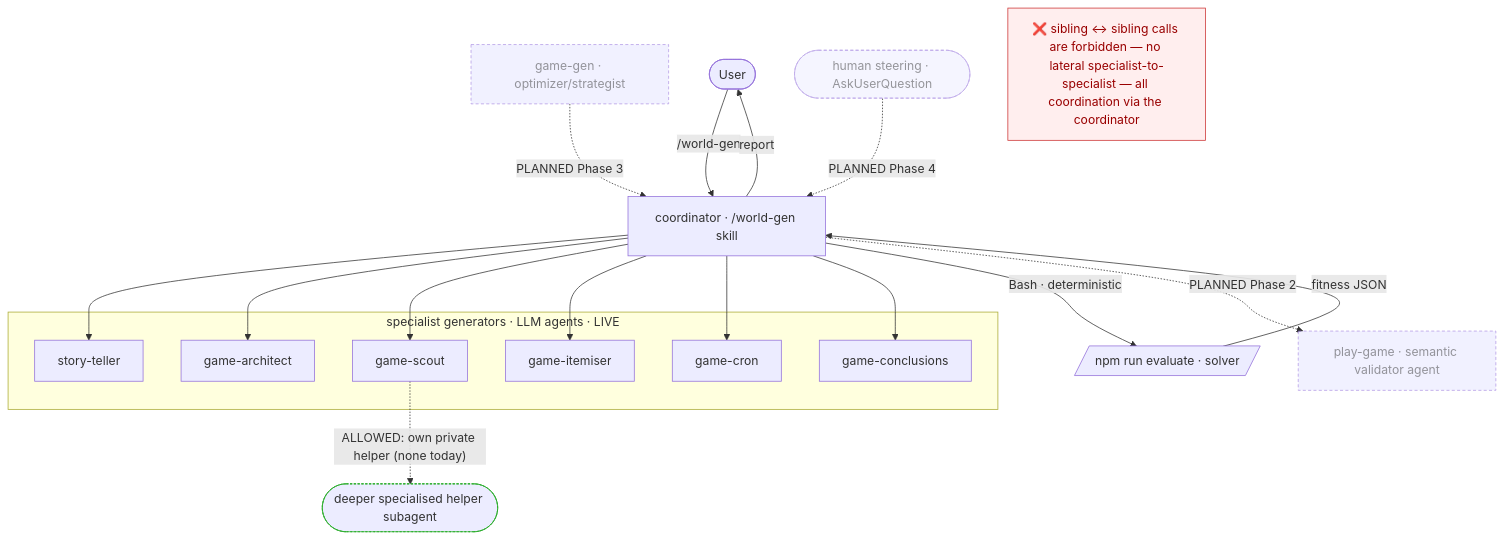
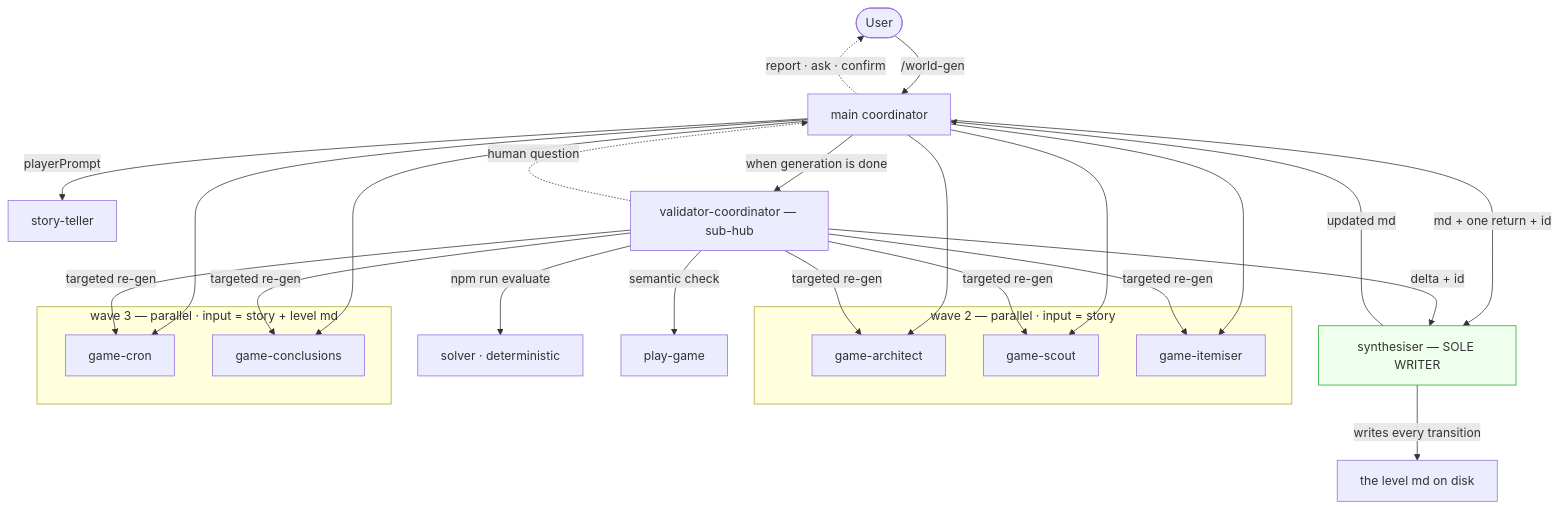
The second of 2 diagrams in docs/design/world-gen-agentic-hld.md (DecentAppsNet/castle-mystery), drawn with Mermaid before and after one commit. The commit also changed other lines of this file and 3 other files, not shown here.

First line of the commit message:
Revise world-gen agent architecture: pure subagents + synthesiser + parallel waves

````diff
--- a/docs/design/world-gen-agentic-hld.md
+++ b/docs/design/world-gen-agentic-hld.md
@@ -102,32 +138,32 @@
 ```mermaid
 flowchart TD
-    U([User]) -->|/world-gen| WG["coordinator · /world-gen skill"]
+    U([User]) -->|"/world-gen"| WG["main coordinator"]
+    WG -.->|"report · ask · confirm"| U
 
-    subgraph specialists["specialist generators · LLM agents · LIVE"]
-        ST[story-teller]
-        AR[game-architect]
-        SC[game-scout]
-        IT[game-itemiser]
-        CR[game-cron]
-        CN[game-conclusions]
+    WG -->|"playerPrompt"| ST["story-teller"]
+
+    subgraph wave2["wave 2 — parallel · input = story"]
+        AR["game-architect"]
+        SC["game-scout"]
+        IT["game-itemiser"]
+    end
+    subgraph wave3["wave 3 — parallel · input = story + level md"]
+        CR["game-cron"]
+        CN["game-conclusions"]
     end
 
-    WG --> ST & AR & SC & IT & CR & CN
-    WG -->|Bash · deterministic| EV[/npm run evaluate · solver/]
-    EV -->|fitness JSON| WG
-    WG -->|report| U
+    WG --> AR & SC & IT
+    WG --> CR & CN
+    WG -->|"md + one return + id"| SY["synthesiser — SOLE WRITER"]:::writer
+    SY -->|"writes every transition"| FILE["the level md on disk"]
+    SY -->|"updated md"| WG
 
-    PG["play-game · semantic validator agent"]:::planned
-    GG["game-gen · optimizer/strategist"]:::planned
-    HU([human steering · AskUserQuestion]):::planned
-    WG -. PLANNED Phase 2 .-> PG
-    GG -. PLANNED Phase 3 .-> WG
-    HU -. PLANNED Phase 4 .-> WG
+    WG -->|"when generation is done"| VC["validator-coordinator — sub-hub"]
+    VC -->|"npm run evaluate"| EV["solver · deterministic"]
+    VC -->|"semantic check"| PG["play-game"]
+    VC -->|"targeted re-gen"| AR & SC & IT & CR & CN
+    VC -->|"delta + id"| SY
+    VC -.->|"human question"| WG
 
-    SC -. "ALLOWED: own private helper (none today)" .-> H([deeper specialised helper subagent]):::allowed
-    NF[" ❌ sibling ↔ sibling calls are forbidden — no lateral specialist-to-specialist — all coordination via the coordinator "]:::forbid
-
-    classDef planned stroke-dasharray:4 3,opacity:0.7;
-    classDef allowed stroke-dasharray:3 2,stroke:#2a2;
-    classDef forbid fill:#fee,stroke:#c33,color:#900;
+    classDef writer fill:#efe,stroke:#2a2;
 ```
````
